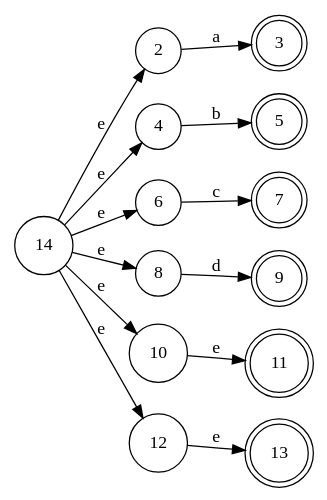
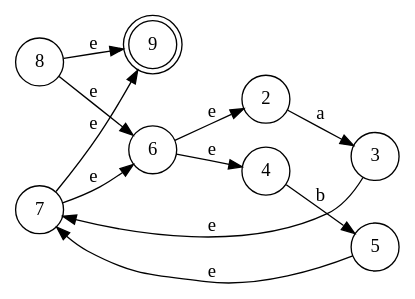
Before and after one commit to bloomfieldfong/Creacion-de-Automatas: the diagram in automata.gv, drawn with Graphviz. The commit also changed 7 other files, not shown here.

```diff
--- a/automata.gv
+++ b/automata.gv
@@ -1,23 +1,16 @@
 digraph finite_state_machine {
 	rankdir=LR size="8,5"
 	node [shape=doublecircle]
-	3
-	5
-	7
 	9
-	11
-	13
 	node [shape=circle]
 	2 -> 3 [label=a]
+	3 -> 7 [label=e]
 	4 -> 5 [label=b]
-	6 -> 7 [label=c]
-	8 -> 9 [label=d]
-	10 -> 11 [label=e]
-	12 -> 13 [label=e]
-	14 -> 2 [label=e]
-	14 -> 4 [label=e]
-	14 -> 6 [label=e]
-	14 -> 8 [label=e]
-	14 -> 10 [label=e]
-	14 -> 12 [label=e]
+	5 -> 7 [label=e]
+	6 -> 2 [label=e]
+	6 -> 4 [label=e]
+	7 -> 6 [label=e]
+	7 -> 9 [label=e]
+	8 -> 6 [label=e]
+	8 -> 9 [label=e]
 }
```
